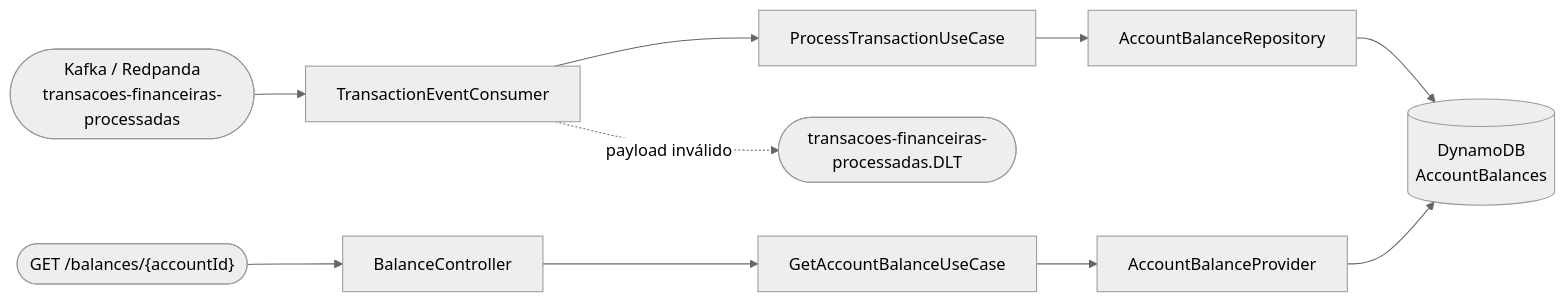
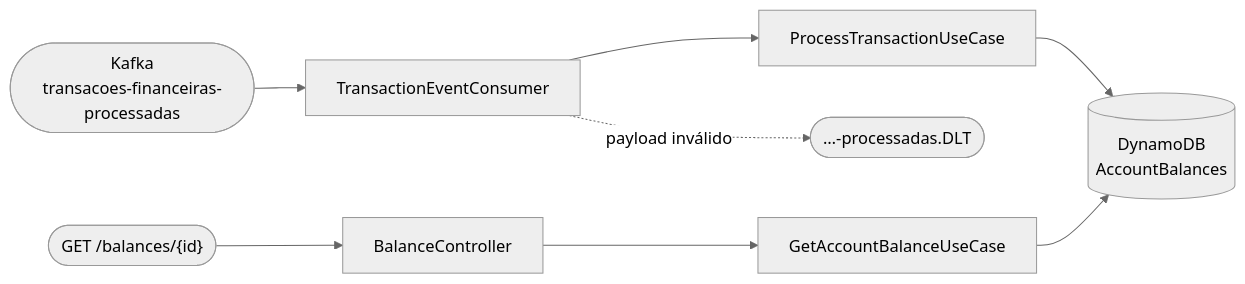
Before and after one commit to gamaximo/itau-desafio-consulta-saldo: the first of 3 diagrams in README.md, drawn with Mermaid (neutral theme). The commit also changed other lines of this file and 18 other files, not shown here.

````diff
--- a/README.md
+++ b/README.md
@@ -32,14 +23,10 @@
 ```mermaid
 flowchart LR
-    Kafka(["Kafka / Redpanda<br/>transacoes-financeiras-processadas"]) --> Consumer[TransactionEventConsumer]
-    Consumer --> ProcessUC[ProcessTransactionUseCase]
-    ProcessUC --> Repo[AccountBalanceRepository]
-    Repo --> DB[("DynamoDB<br/>AccountBalances")]
-
-    Consumer -. payload inválido .-> DLT(["transacoes-financeiras-processadas.DLT"])
-
-    HTTP(["GET /balances/{accountId}"]) --> Controller[BalanceController]
-    Controller --> GetUC[GetAccountBalanceUseCase]
-    GetUC --> Provider[AccountBalanceProvider]
-    Provider --> DB
+    K(["Kafka<br/>transacoes-financeiras-processadas"]) --> C[TransactionEventConsumer]
+    C --> P[ProcessTransactionUseCase]
+    P --> R[(DynamoDB<br/>AccountBalances)]
+    C -. payload inválido .-> D(["…-processadas.DLT"])
+    H(["GET /balances/{id}"]) --> B[BalanceController]
+    B --> G[GetAccountBalanceUseCase]
+    G --> R
 ```
````
